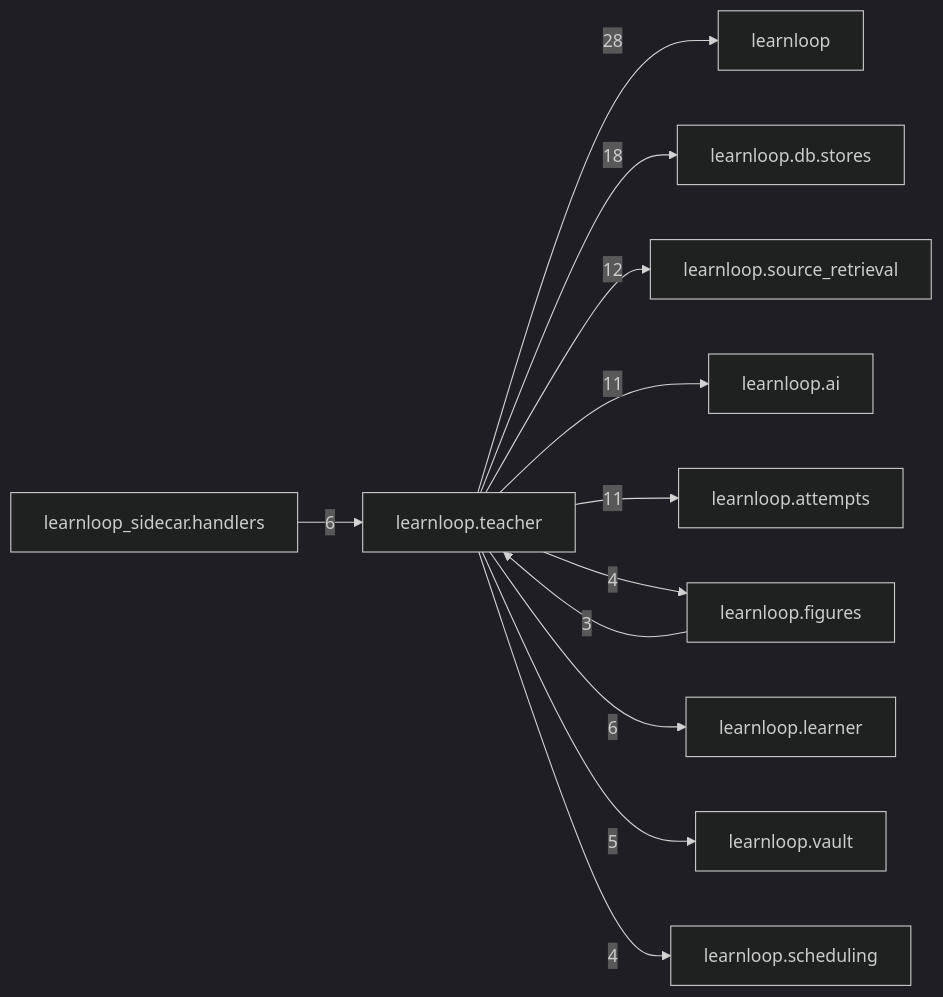
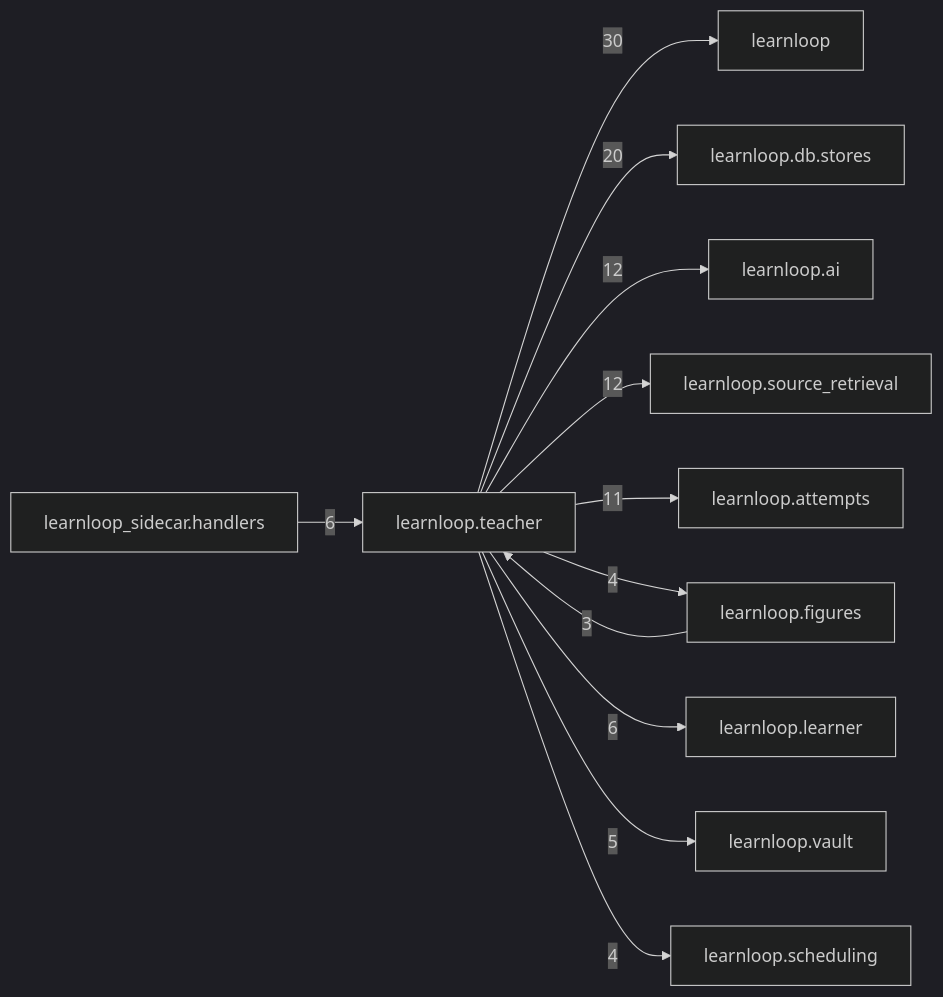
Before and after one commit to 6up-b/learnanything: the diagram in docs/learnloop-architecture-vault/Reference/Modules/learnloop/teacher/_package.md, drawn with Mermaid (dark theme). The commit also changed other lines of this file and 76 other files, not shown here.

````diff
--- a/docs/learnloop-architecture-vault/Reference/Modules/learnloop/teacher/_package.md
+++ b/docs/learnloop-architecture-vault/Reference/Modules/learnloop/teacher/_package.md
@@ -128,25 +130,25 @@
 ```mermaid
 flowchart LR
     center["learnloop.teacher"]
     n_learnloop["learnloop"]
     n_learnloop_db_stores["learnloop.db.stores"]
+    n_learnloop_ai["learnloop.ai"]
     n_learnloop_source_retrieval["learnloop.source_retrieval"]
-    n_learnloop_ai["learnloop.ai"]
     n_learnloop_attempts["learnloop.attempts"]
     n_learnloop_figures["learnloop.figures"]
     n_learnloop_learner["learnloop.learner"]
     n_learnloop_sidecar_handlers["learnloop_sidecar.handlers"]
     n_learnloop_vault["learnloop.vault"]
     n_learnloop_scheduling["learnloop.scheduling"]
-    center -->|28| n_learnloop
-    center -->|18| n_learnloop_db_stores
+    center -->|30| n_learnloop
+    center -->|20| n_learnloop_db_stores
+    center -->|12| n_learnloop_ai
     center -->|12| n_learnloop_source_retrieval
-    center -->|11| n_learnloop_ai
     center -->|11| n_learnloop_attempts
     n_learnloop_figures -->|3| center
     center -->|4| n_learnloop_figures
     center -->|6| n_learnloop_learner
     n_learnloop_sidecar_handlers -->|6| center
     center -->|5| n_learnloop_vault
     center -->|4| n_learnloop_scheduling
 ```
````
